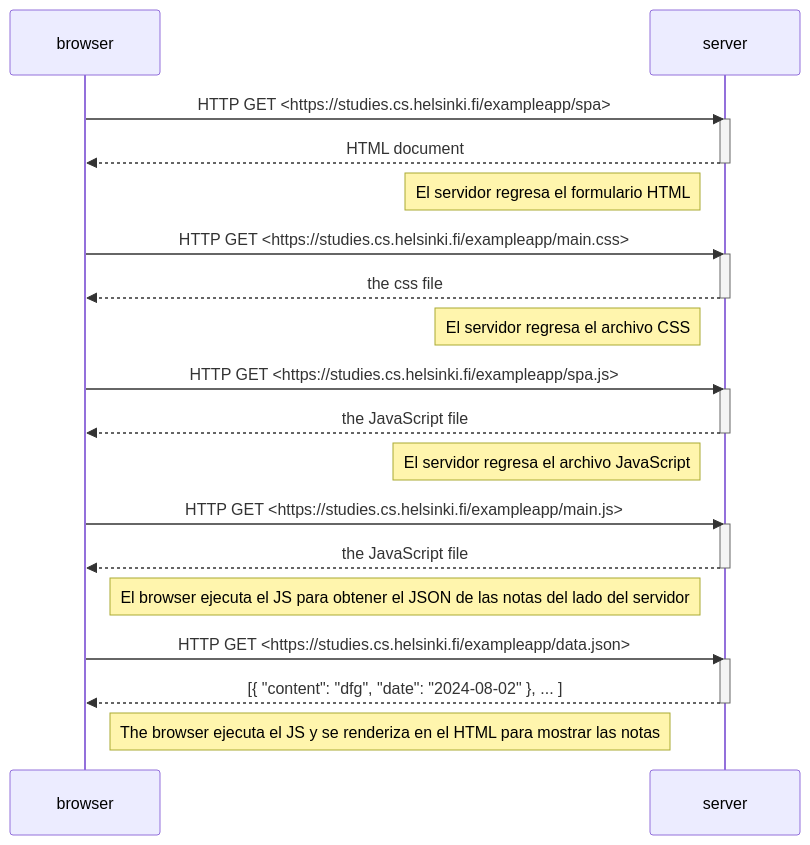
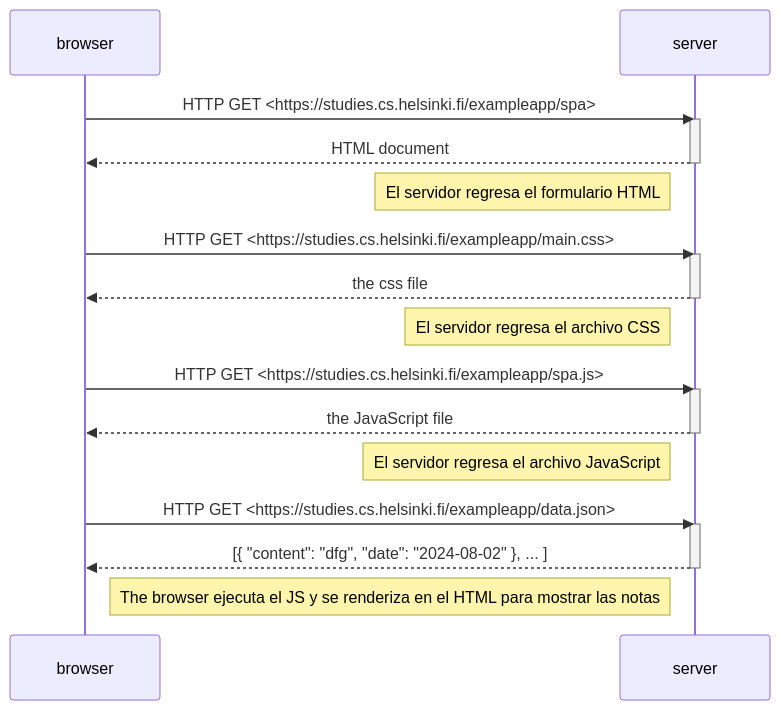
One commit to sirknio/exerc_hels_0 changed the second of 3 diagrams in README.md. Above: the diagram before and after it, drawn with Mermaid. The commit also changed other lines of this file, not shown here.

Commit message:
Nuevos ejercicios

````diff
--- a/README.md
+++ b/README.md
@@ -64,44 +64,36 @@
 ```mermaid
 
 sequenceDiagram
     participant browser
     participant server
 
     browser->>server: HTTP GET <https://studies.cs.helsinki.fi/exampleapp/spa>
     activate server
     server-->>browser: HTML document
     deactivate server
 
     Note left of server: El servidor regresa el formulario HTML
 
     browser->>server: HTTP GET <https://studies.cs.helsinki.fi/exampleapp/main.css>
     activate server
     server-->>browser: the css file
     deactivate server
 
     Note left of server: El servidor regresa el archivo CSS
 
     browser->>server: HTTP GET <https://studies.cs.helsinki.fi/exampleapp/spa.js>
     activate server
     server-->>browser: the JavaScript file
     deactivate server
 
     Note left of server: El servidor regresa el archivo JavaScript
 
-    browser->>server: HTTP GET <https://studies.cs.helsinki.fi/exampleapp/main.js>
-    activate server
-    server-->>browser: the JavaScript file
-    deactivate server
-
-    Note right of browser: El browser ejecuta el JS para obtener el JSON de las notas del lado del servidor
-
-
     browser->>server: HTTP GET <https://studies.cs.helsinki.fi/exampleapp/data.json>
     activate server
     server-->>browser: [{ "content": "dfg", "date": "2024-08-02" }, ... ]
     deactivate server
 
     Note right of browser: The browser ejecuta el JS y se renderiza en el HTML para mostrar las notas
 
 
 ```
````
